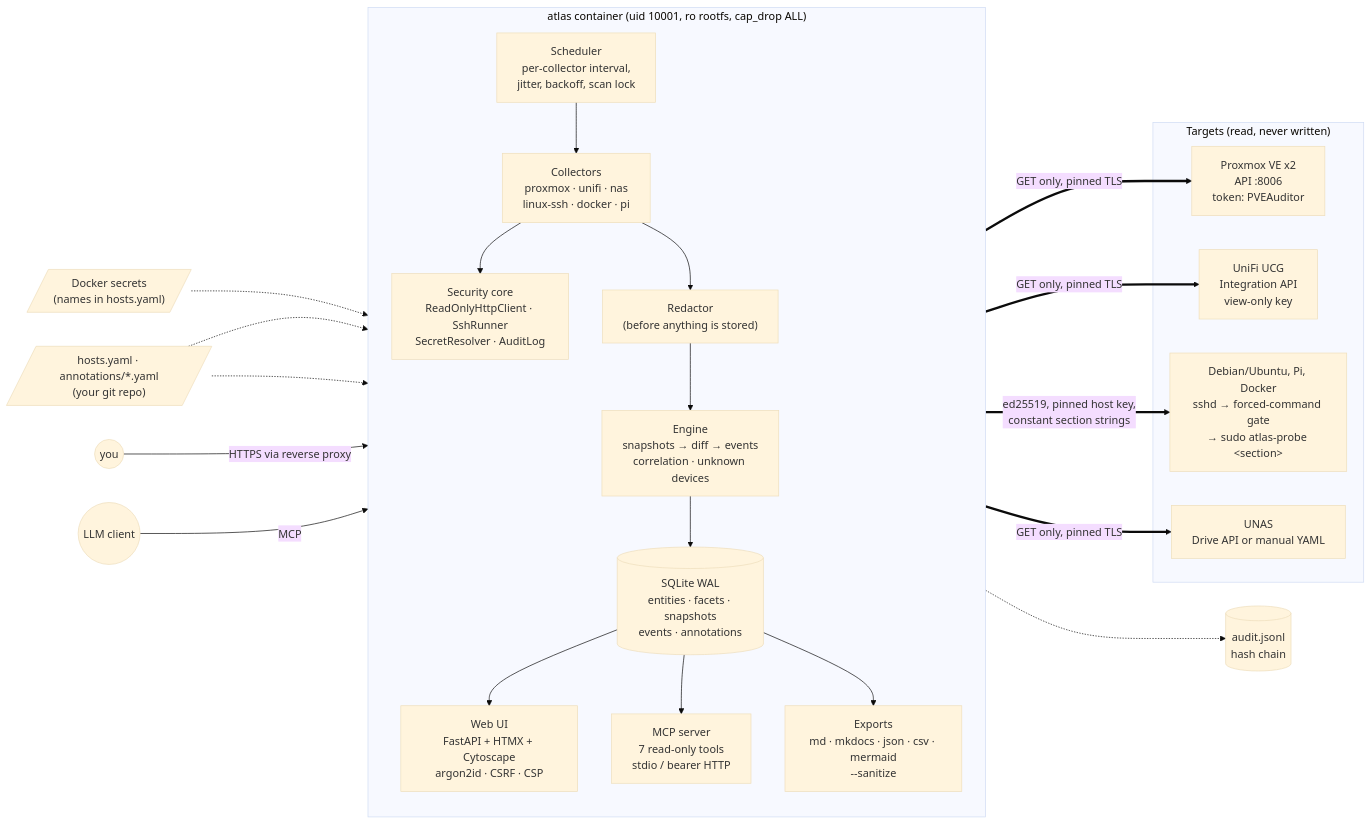
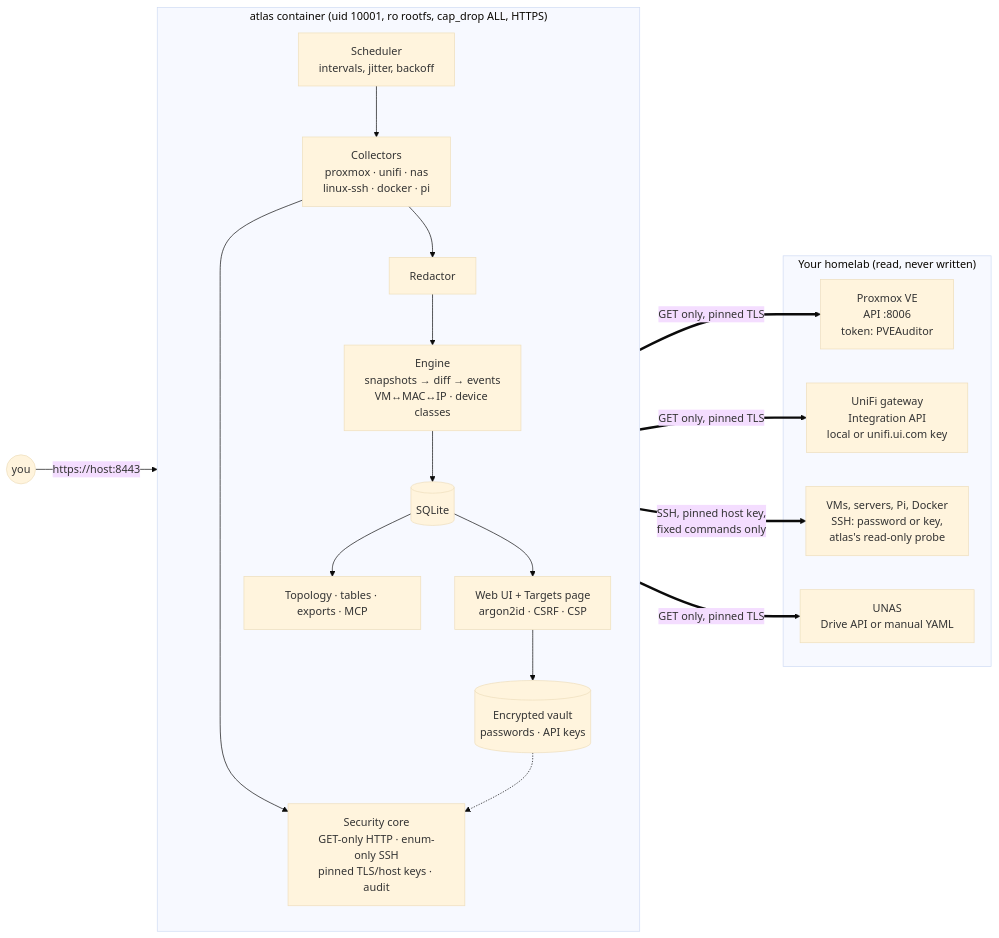
The diagram in README.md (FouadHellal/Homelab-Docs), drawn with Mermaid (base theme) before and after one commit. The commit also changed other lines of this file and 5 other files, not shown here.

Commit message:
docs: README deploy guide, ADR-026/027, deploy modes, UniFi key types, limitations

````diff
--- a/README.md
+++ b/README.md
@@ -20,33 +183,31 @@
 ```mermaid
 flowchart LR
-  subgraph targets["Targets (read, never written)"]
-    pve["Proxmox VE x2<br/>API :8006<br/>token: PVEAuditor"]
-    ucg["UniFi UCG<br/>Integration API<br/>view-only key"]
-    hosts["Debian/Ubuntu, Pi, Docker<br/>sshd → forced-command gate<br/>→ sudo atlas-probe &lt;section&gt;"]
+  subgraph targets["Your homelab (read, never written)"]
+    pve["Proxmox VE<br/>API :8006<br/>token: PVEAuditor"]
+    ucg["UniFi gateway<br/>Integration API<br/>local or unifi.ui.com key"]
+    hosts["VMs, servers, Pi, Docker<br/>SSH: password or key,<br/>atlas's read-only probe"]
     unas["UNAS<br/>Drive API or manual YAML"]
   end
 
-  subgraph atlas["atlas container (uid 10001, ro rootfs, cap_drop ALL)"]
+  subgraph atlas["atlas container (uid 10001, ro rootfs, cap_drop ALL, HTTPS)"]
     direction TB
-    sched["Scheduler<br/>per-collector interval,<br/>jitter, backoff, scan lock"]
+    ui["Web UI + Targets page<br/>argon2id · CSRF · CSP"]
+    vault[("Encrypted vault<br/>passwords · API keys")]
+    sched["Scheduler<br/>intervals, jitter, backoff"]
     coll["Collectors<br/>proxmox · unifi · nas<br/>linux-ssh · docker · pi"]
-    sec["Security core<br/>ReadOnlyHttpClient · SshRunner<br/>SecretResolver · AuditLog"]
-    red["Redactor<br/>(before anything is stored)"]
-    eng["Engine<br/>snapshots → diff → events<br/>correlation · unknown devices"]
-    db[("SQLite WAL<br/>entities · facets · snapshots<br/>events · annotations")]
-    ui["Web UI<br/>FastAPI + HTMX + Cytoscape<br/>argon2id · CSRF · CSP"]
-    mcp["MCP server<br/>7 read-only tools<br/>stdio / bearer HTTP"]
-    exp["Exports<br/>md · mkdocs · json · csv · mermaid<br/>--sanitize"]
+    sec["Security core<br/>GET-only HTTP · enum-only SSH<br/>pinned TLS/host keys · audit"]
+    red["Redactor"]
+    eng["Engine<br/>snapshots → diff → events<br/>VM↔MAC↔IP · device classes"]
+    db[("SQLite")]
+    out["Topology · tables · exports · MCP"]
+    ui --> vault
     sched --> coll --> sec
-    coll --> red --> eng --> db
-    db --> ui & mcp & exp
+    vault -.-> sec
+    coll --> red --> eng --> db --> out
+    db --> ui
   end
 
   sec == "GET only, pinned TLS" ==> pve & ucg & unas
-  sec == "ed25519, pinned host key,<br/>constant section strings" ==> hosts
-  sec -.-> audit[("audit.jsonl<br/>hash chain")]
-  secrets[/"Docker secrets<br/>(names in hosts.yaml)"/] -.-> sec
-  cfg[/"hosts.yaml · annotations/*.yaml<br/>(your git repo)"/] -.-> coll & ui
-  you(("you")) -- "HTTPS via reverse proxy" --> ui
-  llm(("LLM client")) -- "MCP" --> mcp
+  sec == "SSH, pinned host key,<br/>fixed commands only" ==> hosts
+  you(("you")) -- "https://host:8443" --> ui
 ```
````
